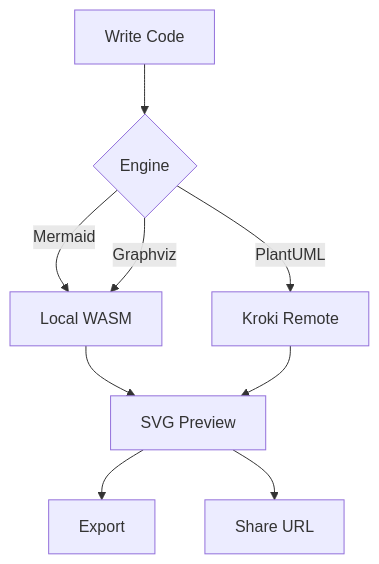
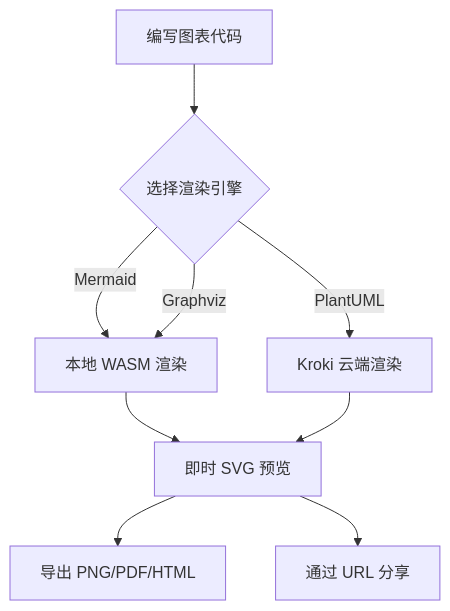
Before and after one commit to build-workbench/graph-viewer: the first of 2 diagrams in README.md, drawn with Mermaid. The commit also changed other lines of this file and 38 other files, not shown here.

````diff
--- a/README.md
+++ b/README.md
@@ -81,11 +77,11 @@
 ```mermaid
 graph TD
-    A[Write Code] --> B{Engine}
-    B -->|Mermaid| C[Local WASM]
-    B -->|PlantUML| D[Kroki Remote]
+    A[编写图表代码] --> B{选择渲染引擎}
+    B -->|Mermaid| C[本地 WASM 渲染]
+    B -->|PlantUML| D[Kroki 云端渲染]
     B -->|Graphviz| C
-    C --> E[SVG Preview]
+    C --> E[即时 SVG 预览]
     D --> E
-    E --> F[Export]
-    E --> G[Share URL]
+    E --> F[导出 PNG/PDF/HTML]
+    E --> G[通过 URL 分享]
 ```
````
